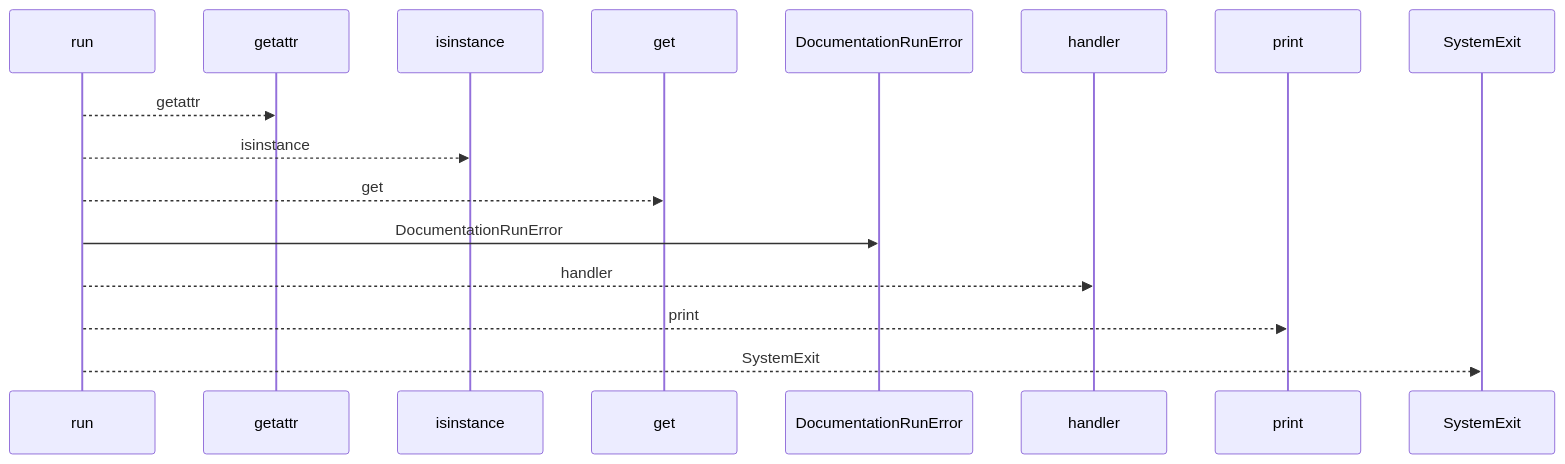
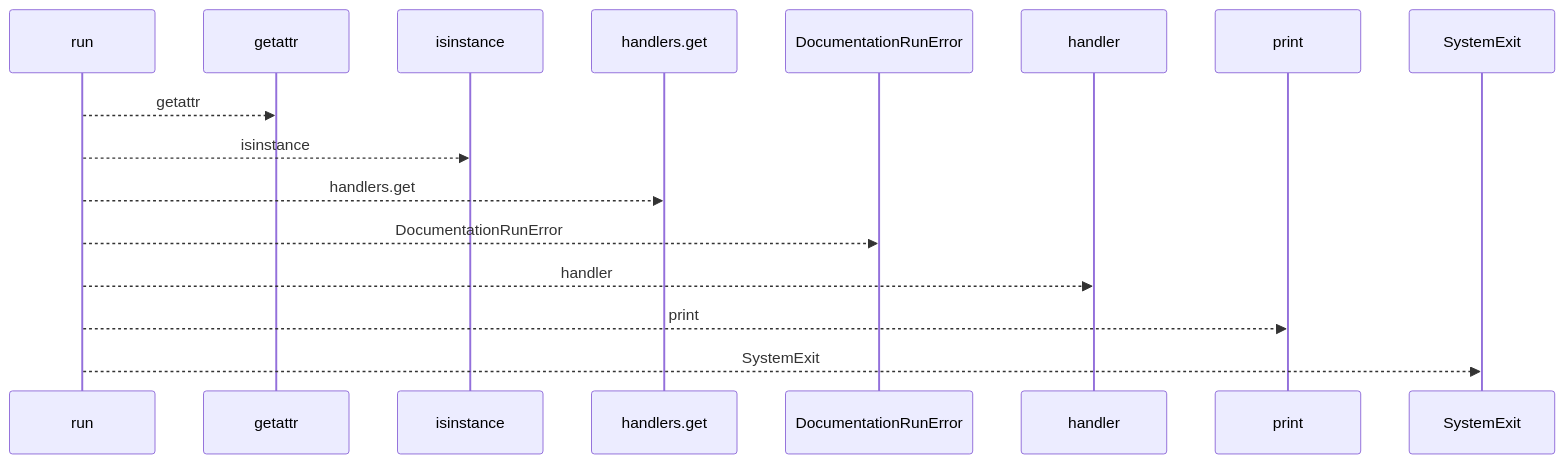
Before and after one commit to Denissvgn/python-wiki-llm: the first of 2 diagrams in docs/llm_wiki/flows/cli-docs.md, drawn with Mermaid. The commit also changed other lines of this file and 719 other files, not shown here.

````diff
--- a/docs/llm_wiki/flows/cli-docs.md
+++ b/docs/llm_wiki/flows/cli-docs.md
@@ -10,18 +10,18 @@
 ```mermaid
 sequenceDiagram
     participant p0 as run
     participant p1 as getattr
     participant p2 as isinstance
-    participant p3 as get
+    participant p3 as handlers.get
     participant p4 as DocumentationRunError
     participant p5 as handler
     participant p6 as print
     participant p7 as SystemExit
     p0-->>p1: getattr
     p0-->>p2: isinstance
-    p0-->>p3: get
-    p0->>p4: DocumentationRunError
+    p0-->>p3: handlers.get
+    p0-->>p4: DocumentationRunError
     p0-->>p5: handler
     p0-->>p6: print
     p0-->>p7: SystemExit
 ```
````
